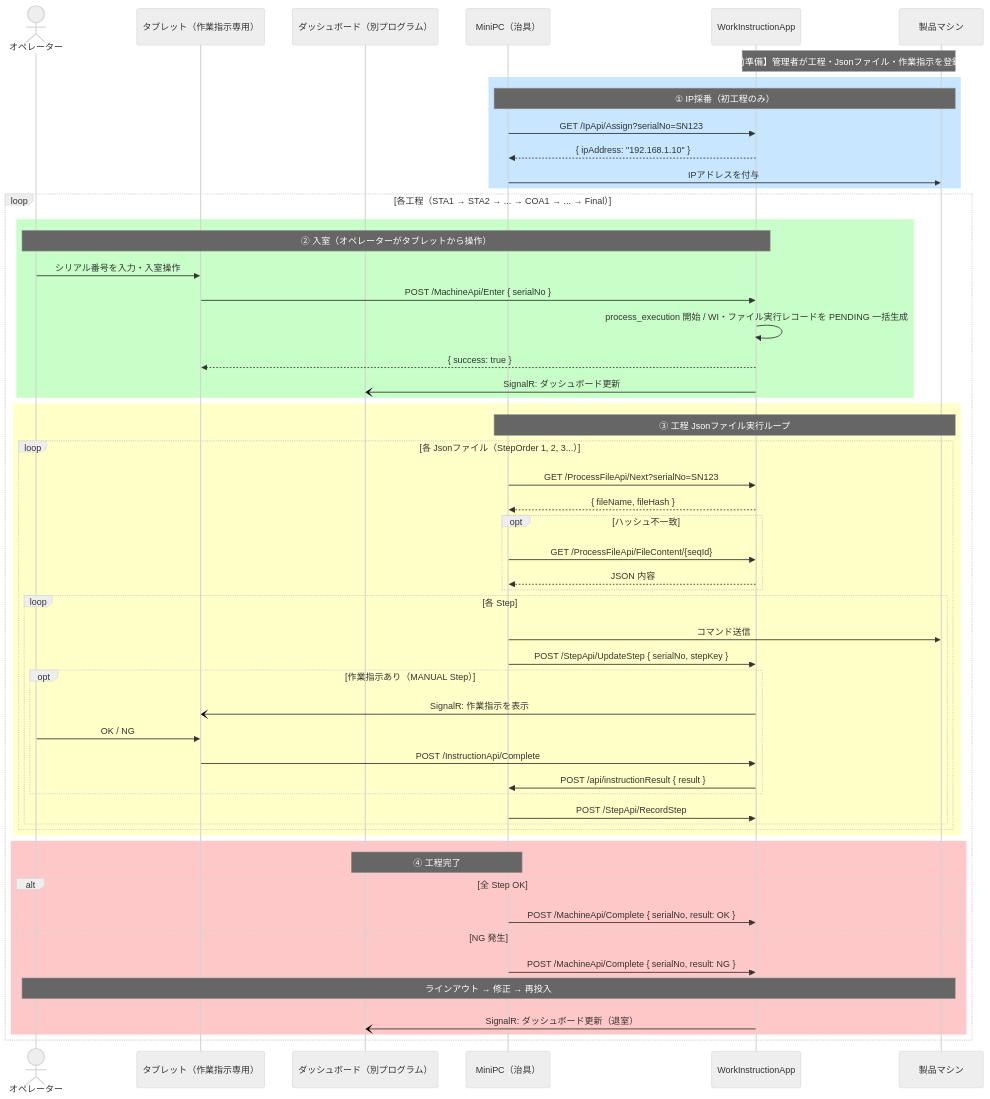
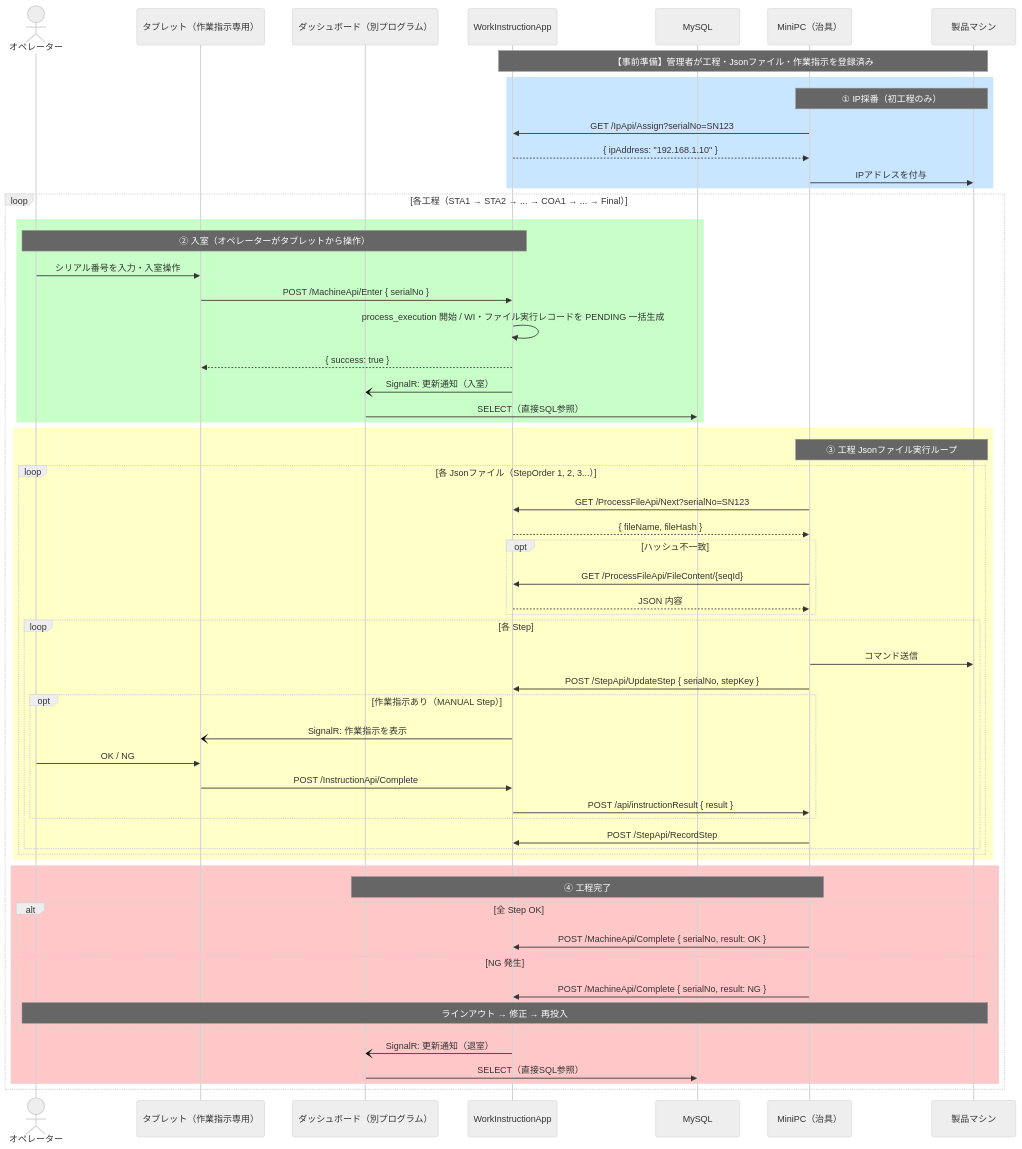
One commit to namagi14-lab/spica-warranty-design changed the first of 9 diagrams in docs/07_system_design.md. Above: the diagram before and after it, drawn with Mermaid (neutral theme). The commit also changed other lines of this file and 4 other files, not shown here.

````diff
--- a/docs/07_system_design.md
+++ b/docs/07_system_design.md
@@ -29,64 +29,67 @@
 ```mermaid
 sequenceDiagram
     actor Op as オペレーター
     participant Tablet as タブレット（作業指示専用）
     participant Dash as ダッシュボード（別プログラム）
+    participant App as WorkInstructionApp
+    participant DB as MySQL
     participant MiniPC as MiniPC（治具）
-    participant App as WorkInstructionApp
     participant Machine as 製品マシン
 
     Note over App,Machine: 【事前準備】管理者が工程・Jsonファイル・作業指示を登録済み
 
     rect rgb(200,230,255)
         Note over MiniPC,Machine: ① IP採番（初工程のみ）
         MiniPC->>App: GET /IpApi/Assign?serialNo=SN123
         App-->>MiniPC: { ipAddress: "192.168.1.10" }
         MiniPC->>Machine: IPアドレスを付与
     end
 
     loop 各工程（STA1 → STA2 → ... → COA1 → ... → Final）
 
         rect rgb(200,255,200)
             Note over Op,App: ② 入室（オペレーターがタブレットから操作）
             Op->>Tablet: シリアル番号を入力・入室操作
             Tablet->>App: POST /MachineApi/Enter { serialNo }
             App->>App: process_execution 開始 / WI・ファイル実行レコードを PENDING 一括生成
             App-->>Tablet: { success: true }
-            App-)Dash: SignalR: ダッシュボード更新
+            App-)Dash: SignalR: 更新通知（入室）
+            Dash->>DB: SELECT（直接SQL参照）
         end
 
         rect rgb(255,255,200)
             Note over MiniPC,Machine: ③ 工程 Jsonファイル実行ループ
             loop 各 Jsonファイル（StepOrder 1, 2, 3...）
                 MiniPC->>App: GET /ProcessFileApi/Next?serialNo=SN123
                 App-->>MiniPC: { fileName, fileHash }
                 opt ハッシュ不一致
                     MiniPC->>App: GET /ProcessFileApi/FileContent/{seqId}
                     App-->>MiniPC: JSON 内容
                 end
                 loop 各 Step
                     MiniPC->>Machine: コマンド送信
                     MiniPC->>App: POST /StepApi/UpdateStep { serialNo, stepKey }
                     opt 作業指示あり（MANUAL Step）
                         App-)Tablet: SignalR: 作業指示を表示
                         Op->>Tablet: OK / NG
                         Tablet->>App: POST /InstructionApi/Complete
                         App->>MiniPC: POST /api/instructionResult { result }
                     end
                     MiniPC->>App: POST /StepApi/RecordStep
                 end
             end
         end
 
         rect rgb(255,200,200)
             Note over MiniPC,Dash: ④ 工程完了
             alt 全 Step OK
                 MiniPC->>App: POST /MachineApi/Complete { serialNo, result: OK }
             else NG 発生
                 MiniPC->>App: POST /MachineApi/Complete { serialNo, result: NG }
                 Note over Op,Machine: ラインアウト → 修正 → 再投入
             end
-            App-)Dash: SignalR: ダッシュボード更新（退室）
+            App-)Dash: SignalR: 更新通知（退室）
+            Dash->>DB: SELECT（直接SQL参照）
         end
     end
 ```
````
